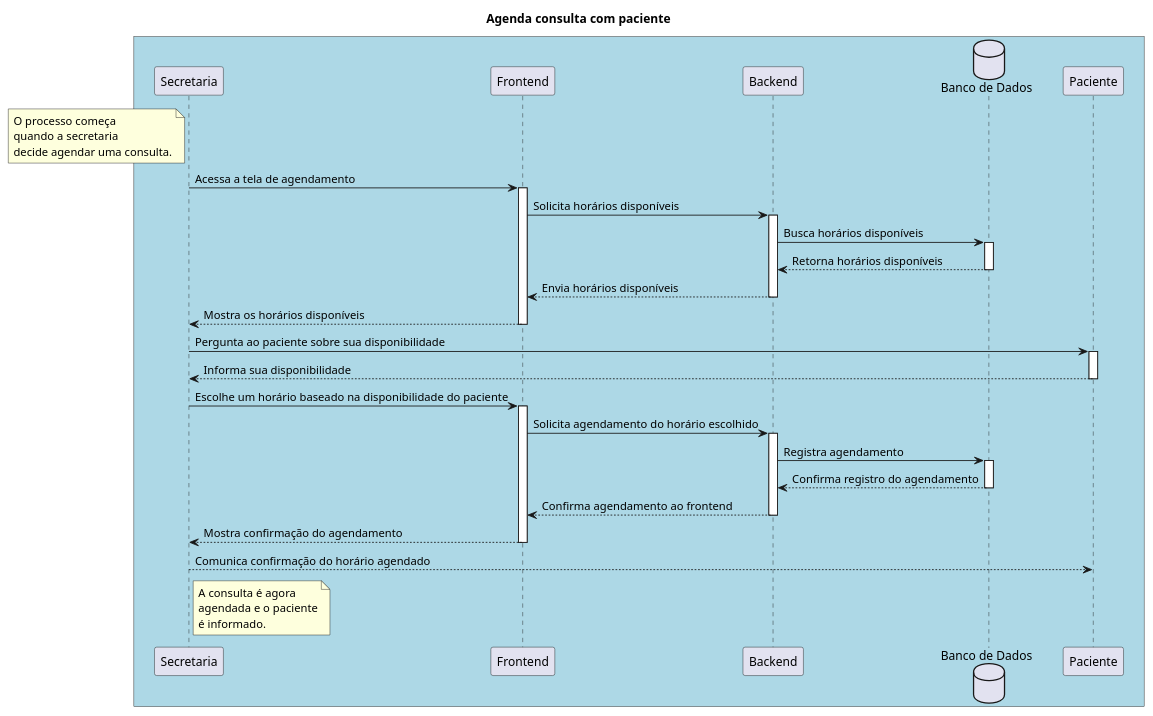
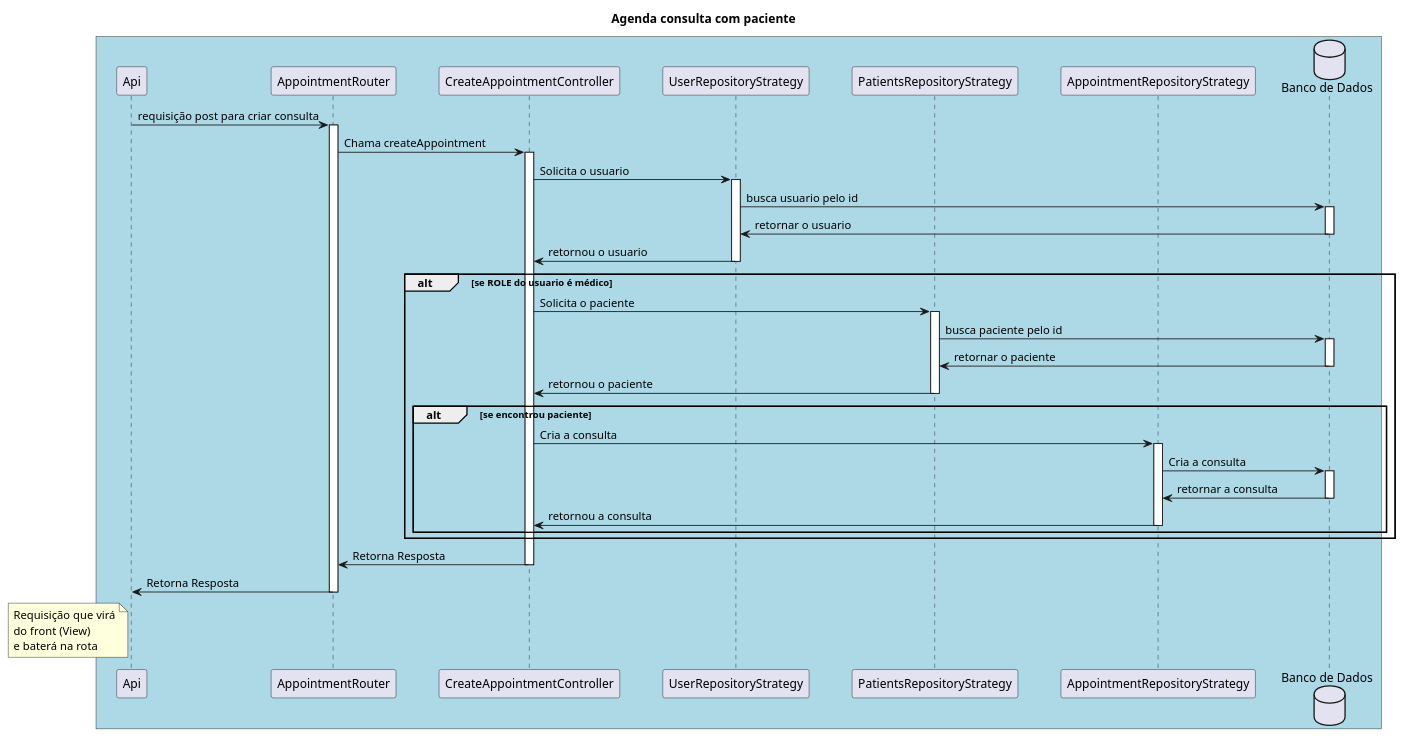
Before and after one commit to vaniacourses/projeto-software-robson-caetano: the diagram in docs/sequencia/agenda-consulta.puml, drawn with PlantUML. The commit also changed 1 other file, not shown here.

Commit message:
improvement 'agenda-conulta' sequence diagram

```diff
--- a/docs/sequencia/agenda-consulta.puml
+++ b/docs/sequencia/agenda-consulta.puml
@@ -1,57 +1,67 @@
 @startuml
 skinparam participantPadding 20
 skinparam boxPadding 10
 
 title "Agenda consulta com paciente" 
 
 box #LightBlue
-participant "Secretaria" as S
-participant "Frontend" as F
-participant "Backend" as B
+participant "Api" as A
+participant "AppointmentRouter" as R
+participant "CreateAppointmentController" as C
+participant "UserRepositoryStrategy" as URP
+participant "PatientsRepositoryStrategy" as PRP
+participant "AppointmentRepositoryStrategy" as ARP
 database "Banco de Dados" as DB
-participant "Paciente" as P
 
-note left of S
-  O processo começa
-  quando a secretaria
-  decide agendar uma consulta.
+A -> R: requisição post para criar consulta
+activate R
+R -> C: Chama createAppointment
+activate C
+
+C -> URP: Solicita o usuario
+activate URP
+URP -> DB: busca usuario pelo id
+activate DB
+DB -> URP: retornar o usuario
+deactivate DB
+URP -> C: retornou o usuario
+deactivate URP
+
+alt se ROLE do usuario é médico
+    C -> PRP: Solicita o paciente
+    activate PRP
+    PRP -> DB: busca paciente pelo id
+    activate DB
+    DB -> PRP: retornar o paciente
+    deactivate DB
+    PRP -> C: retornou o paciente
+    deactivate PRP
+
+    alt se encontrou paciente
+        C -> ARP: Cria a consulta
+        activate ARP
+        ARP -> DB: Cria a consulta
+        activate DB
+        DB -> ARP: retornar a consulta
+        deactivate DB
+        ARP -> C: retornou a consulta
+        deactivate ARP
+    end
+end
+
+
+'Retorna resposta'
+C -> R: Retorna Resposta
+deactivate C
+R -> A: Retorna Resposta
+deactivate R
+
+note left of A
+    Requisição que virá
+    do front (View)
+    e baterá na rota
+    '/appointments'.
 end note
 
-S -> F: Acessa a tela de agendamento
-activate F
-F -> B: Solicita horários disponíveis
-activate B
-B -> DB: Busca horários disponíveis
-activate DB
-DB --> B: Retorna horários disponíveis
-deactivate DB
-B --> F: Envia horários disponíveis
-deactivate B
-F --> S: Mostra os horários disponíveis
-deactivate F
-S -> P: Pergunta ao paciente sobre sua disponibilidade
-activate P
-P --> S: Informa sua disponibilidade
-deactivate P
-S -> F: Escolhe um horário baseado na disponibilidade do paciente
-activate F
-F -> B: Solicita agendamento do horário escolhido
-activate B
-B -> DB: Registra agendamento
-activate DB
-DB --> B: Confirma registro do agendamento
-deactivate DB
-B --> F: Confirma agendamento ao frontend
-deactivate B
-F --> S: Mostra confirmação do agendamento
-deactivate F
-
-S --> P: Comunica confirmação do horário agendado
-
-note right of S
-  A consulta é agora
-  agendada e o paciente
-  é informado.
-end note
 
 @enduml
```
